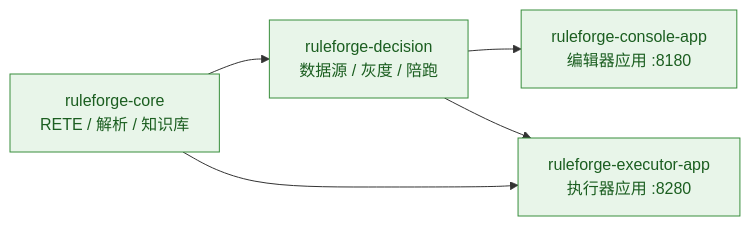
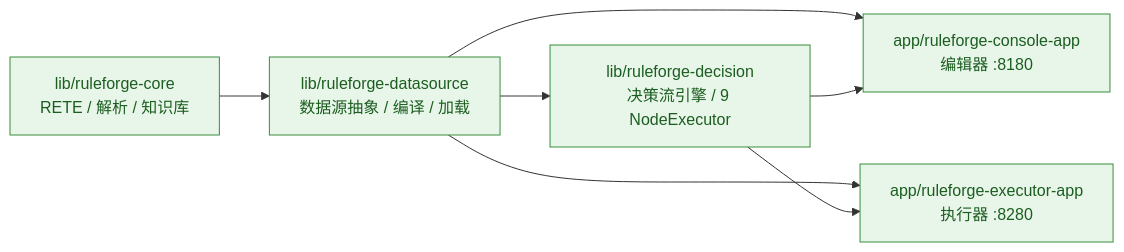
Before and after one commit to FredGoo/rule-forge: the second of 2 diagrams in README.md, drawn with Mermaid. The commit also changed other lines of this file and 1060 other files, not shown here.

First line of the commit message:
chore(server): 目录重组 — lib/ 装库模块, app/ 装可部署 app

````diff
--- a/README.md
+++ b/README.md
@@ -122,15 +128,18 @@
 ```mermaid
 graph LR
-    core["ruleforge-core<br/>RETE / 解析 / 知识库"]
-    decision["ruleforge-decision<br/>数据源 / 灰度 / 陪跑"]
-    console["ruleforge-console-app<br/>编辑器应用 :8180"]
-    executor["ruleforge-executor-app<br/>执行器应用 :8280"]
+    core["lib/ruleforge-core<br/>RETE / 解析 / 知识库"]
+    datasource["lib/ruleforge-datasource<br/>数据源抽象 / 编译 / 加载"]
+    decision["lib/ruleforge-decision<br/>决策流引擎 / 9 NodeExecutor"]
+    console["app/ruleforge-console-app<br/>编辑器 :8180"]
+    executor["app/ruleforge-executor-app<br/>执行器 :8280"]
 
-    core --> decision
+    core --> datasource
+    datasource --> decision
+    datasource --> console
+    datasource --> executor
     decision --> console
-    core --> executor
     decision --> executor
 
     classDef module fill:#e8f5e9,stroke:#388e3c,color:#1b5e20
-    class core,decision,console,executor module
+    class core,datasource,decision,console,executor module
 ```
````
